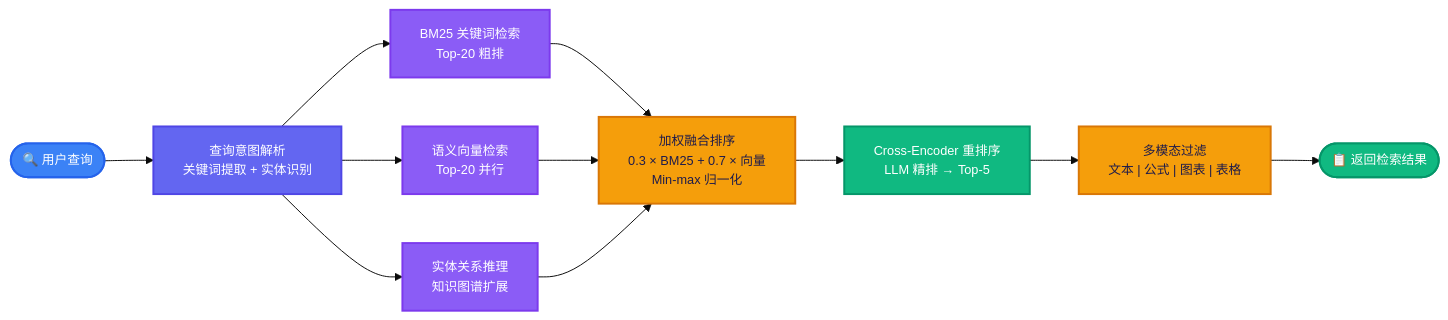
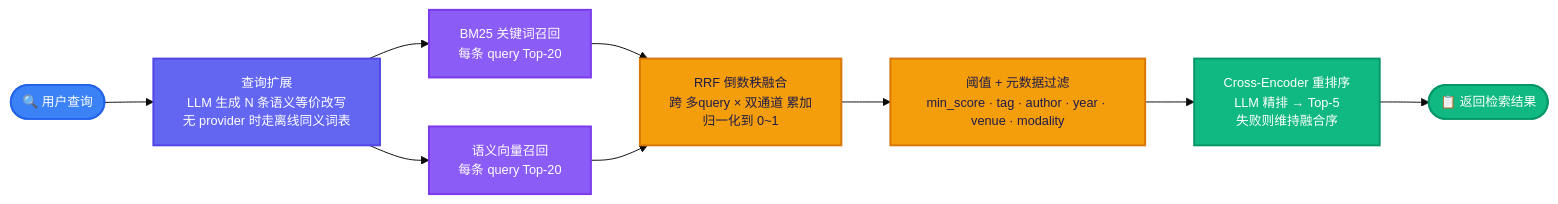
One commit to silver4444-xs/silver_research_bot changed the diagram in docs/retrieval-routing.md. Above: the diagram before and after it, drawn with Mermaid. The commit also changed 11 other files, not shown here.

````diff
--- a/docs/retrieval-routing.md
+++ b/docs/retrieval-routing.md
@@ -3,24 +3,22 @@
 ```mermaid
 %%{init: {'theme':'base', 'themeVariables': { 'fontSize':'13px','fontFamily':'system-ui, sans-serif' }}}%%
 flowchart LR
-    Q(["🔍 用户查询"]):::entry --> PARSE["查询意图解析<br/>关键词提取 + 实体识别"]:::process
+    Q(["🔍 用户查询"]):::entry --> EXPAND["查询扩展<br/>LLM 生成 N 条语义等价改写<br/>无 provider 时走离线同义词表"]:::process
 
-    PARSE --> BM25["BM25 关键词检索<br/>Top-20 粗排"]:::analysis
-    PARSE --> VEC["语义向量检索<br/>Top-20 并行"]:::analysis
-    PARSE --> KG["实体关系推理<br/>知识图谱扩展"]:::analysis
+    EXPAND --> BM25["BM25 关键词召回<br/>每条 query Top-20"]:::analysis
+    EXPAND --> VEC["语义向量召回<br/>每条 query Top-20"]:::analysis
 
-    BM25 --> FUSE["加权融合排序<br/>0.3 × BM25 + 0.7 × 向量<br/>Min-max 归一化"]:::output
+    BM25 --> FUSE["RRF 倒数秩融合<br/>跨 多query × 双通道 累加<br/>归一化到 0~1"]:::output
     VEC --> FUSE
-    KG --> FUSE
 
-    FUSE --> RERANK["Cross-Encoder 重排序<br/>LLM 精排 → Top-5"]:::done
+    FUSE --> FILTER["阈值 + 元数据过滤<br/>min_score · tag · author · year · venue · modality"]:::output
 
-    RERANK --> FILTER["多模态过滤<br/>文本 | 公式 | 图表 | 表格"]:::output
-    FILTER --> RESULT(["📋 返回检索结果"]):::done
+    FILTER --> RERANK["Cross-Encoder 重排序<br/>LLM 精排 → Top-5<br/>失败则维持融合序"]:::done
+    RERANK --> RESULT(["📋 返回检索结果"]):::done
 
     classDef entry fill:#3b82f6,stroke:#2563eb,color:#fff,stroke-width:2px
     classDef process fill:#6366f1,stroke:#4f46e5,color:#fff,stroke-width:2px
     classDef analysis fill:#8b5cf6,stroke:#7c3aed,color:#fff,stroke-width:2px
     classDef output fill:#f59e0b,stroke:#d97706,color:#1e1b4b,stroke-width:2px
     classDef done fill:#10b981,stroke:#059669,color:#fff,stroke-width:2px
 ```
````
